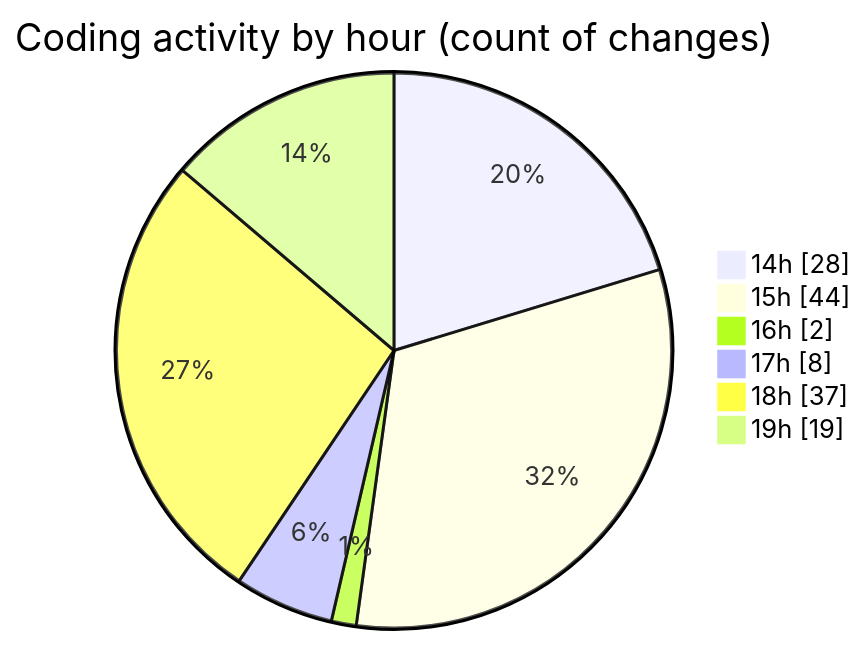
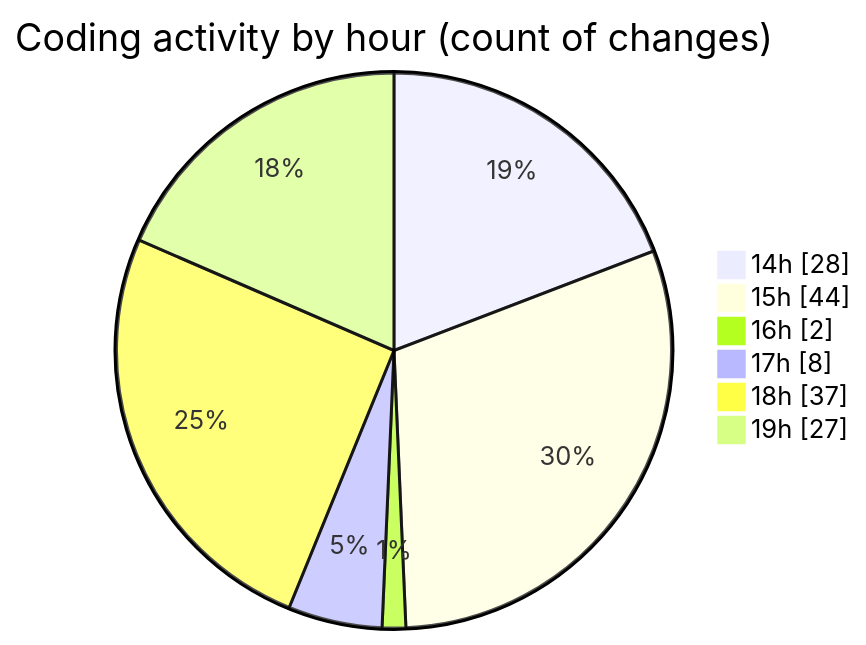
The second of 2 diagrams in 2025-07-01/urlwebwalatask/README.md (Ritupan-Deka/code-tracking), drawn with Mermaid before and after one commit. The commit also changed other lines of this file and 1 other file, not shown here.

````diff
--- a/2025-07-01/urlwebwalatask/README.md
+++ b/2025-07-01/urlwebwalatask/README.md
@@ -43,10 +43,10 @@
 ```mermaid
 pie showData
 title Coding activity by hour (count of changes)
 "14h" : 28
 "15h" : 44
 "16h" : 2
 "17h" : 8
 "18h" : 37
-"19h" : 19
+"19h" : 27
 ```
````
